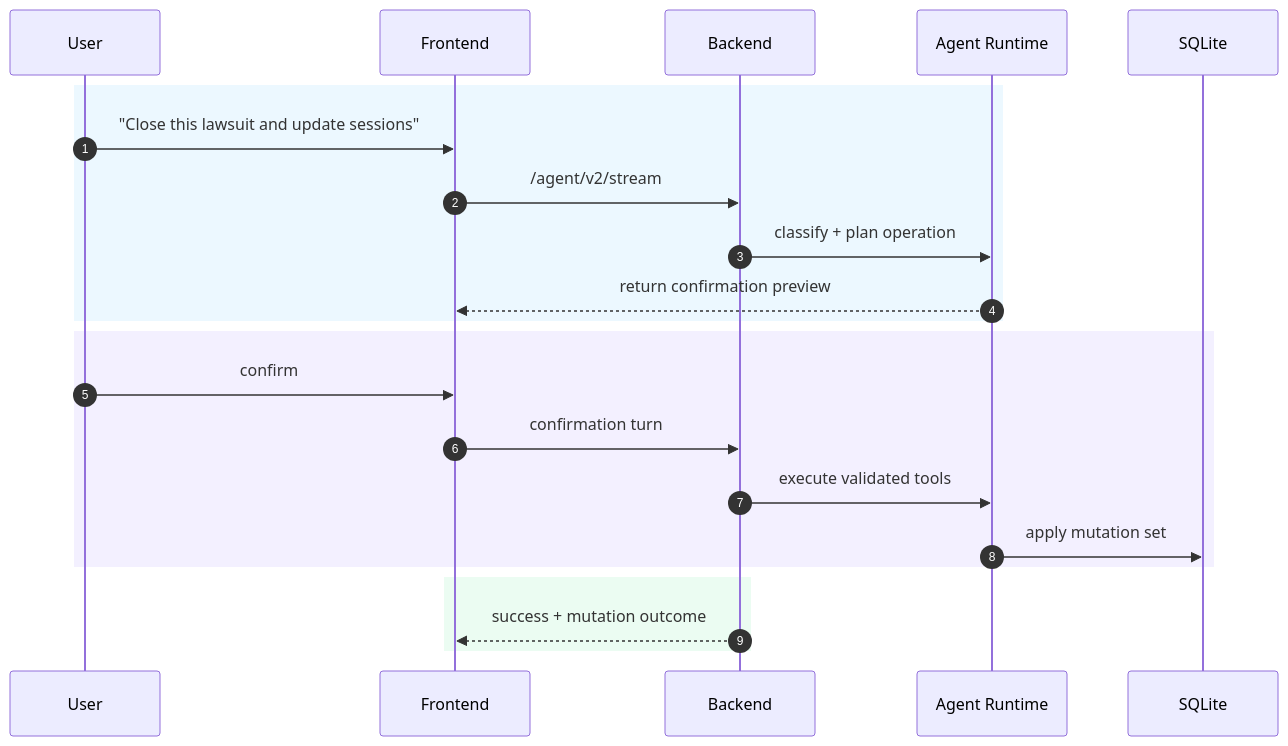
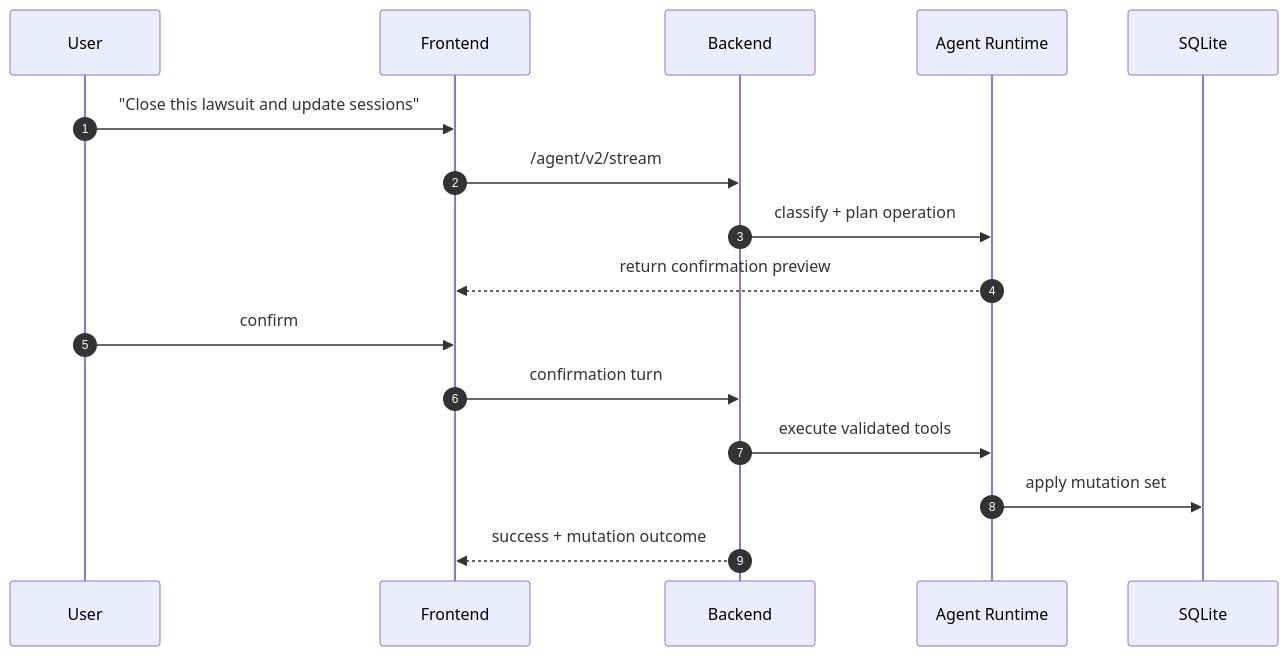
The second of 2 diagrams in docs/APP_LOGIC_USE_CASES.md (mootezaloui/ordinay-legacy), drawn with Mermaid before and after one commit. The commit also changed 1 other file, not shown here.

Commit message:
Remove mermaid styling and rect blocks
Strip colored rect groupings and mermaid class/style definitions from docs/APP_LOGIC_USE_CASES.md and docs/ARCHITECTURE_DIAGRAMS.md. The changes remove visual styling (rect ... end blocks, classDef/class assignments, and a style line) to simplify the diagram markup and reduce rendering/visual noise.

````diff
--- a/docs/APP_LOGIC_USE_CASES.md
+++ b/docs/APP_LOGIC_USE_CASES.md
@@ -89,27 +89,19 @@
 ```mermaid
 sequenceDiagram
     autonumber
     participant U as User
     participant FE as Frontend
     participant BE as Backend
     participant AG as Agent Runtime
     participant DB as SQLite
 
-    rect rgb(236, 248, 255)
     U->>FE: "Close this lawsuit and update sessions"
     FE->>BE: /agent/v2/stream
     BE->>AG: classify + plan operation
     AG-->>FE: return confirmation preview
-    end
-
-    rect rgb(243, 240, 255)
     U->>FE: confirm
     FE->>BE: confirmation turn
     BE->>AG: execute validated tools
     AG->>DB: apply mutation set
-    end
-
-    rect rgb(235, 252, 242)
     BE-->>FE: success + mutation outcome
-    end
 ```
````
